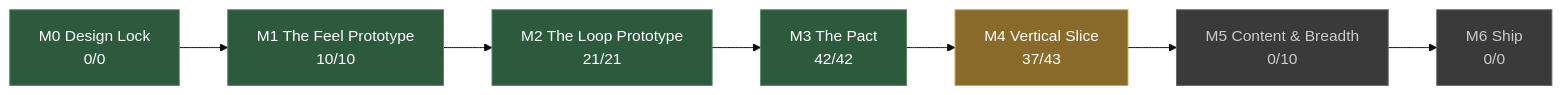
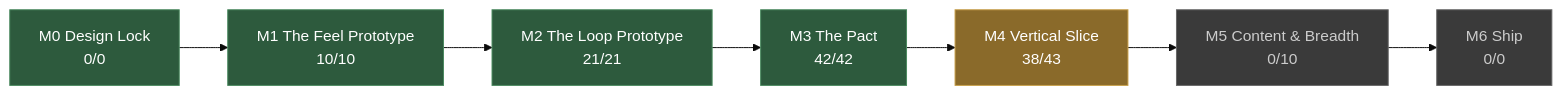
One commit to JoshuaGessner/she changed the diagram in docs/STATUS.md. Above: the diagram before and after it, drawn with Mermaid (base theme). The commit also changed other lines of this file and 168 other files, not shown here.

````diff
--- a/docs/STATUS.md
+++ b/docs/STATUS.md
@@ -13,19 +13,19 @@
 ```mermaid
 flowchart LR
   M0["M0 Design Lock<br/>0/0"]:::passed
   M1["M1 The Feel Prototype<br/>10/10"]:::passed
   M0 --> M1
   M2["M2 The Loop Prototype<br/>21/21"]:::passed
   M1 --> M2
   M3["M3 The Pact<br/>42/42"]:::passed
   M2 --> M3
-  M4["M4 Vertical Slice<br/>37/43"]:::current
+  M4["M4 Vertical Slice<br/>38/43"]:::current
   M3 --> M4
   M5["M5 Content & Breadth<br/>0/10"]:::ahead
   M4 --> M5
   M6["M6 Ship<br/>0/0"]:::ahead
   M5 --> M6
   classDef passed fill:#2d5a3d,stroke:#4a8a5f,color:#fff
   classDef current fill:#8a6a2a,stroke:#c8a04a,color:#fff
   classDef ahead fill:#3a3a3a,stroke:#666,color:#ccc
 ```
````
